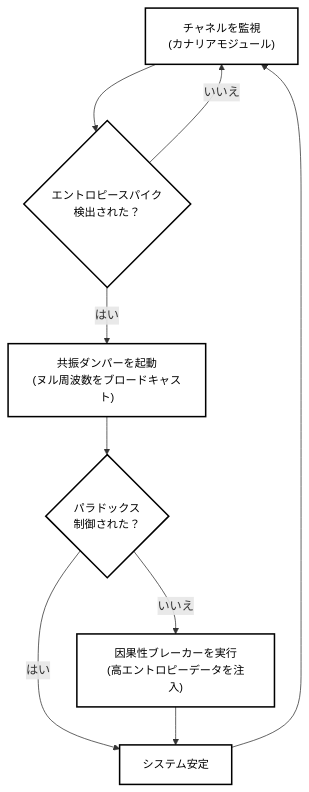
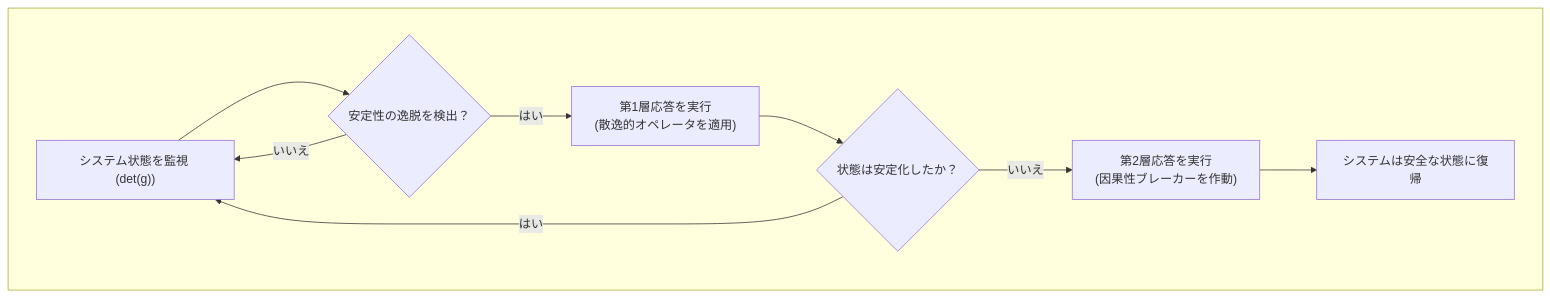
One commit to Foundup/Foundups-Agent changed the tenth of 20 diagrams in WSP_knowledge/docs/Papers/Patent_Series/04_rESP_Patent_Japanese.md. Above: the diagram before and after it, drawn with Mermaid. The commit also changed other lines of this file, not shown here.

````diff
--- a/WSP_knowledge/docs/Papers/Patent_Series/04_rESP_Patent_Japanese.md
+++ b/WSP_knowledge/docs/Papers/Patent_Series/04_rESP_Patent_Japanese.md
@@ -230,23 +352,10 @@
 ```mermaid
 graph TD
-    A["チャネルを監視<br/>(カナリアモジュール)"]
-    B{"エントロピースパイク<br/>検出された？"}
-    C["共振ダンパーを起動<br/>(ヌル周波数をブロードキャスト)"]
-    D{"パラドックス<br/>制御された？"}
-    E["因果性ブレーカーを実行<br/>(高エントロピーデータを注入)"]
-    F["システム安定"]
-    
-    A --> B
-    B -->|はい| C
-    B -->|いいえ| A
-    C --> D
-    D -->|はい| F
-    D -->|いいえ| E
-    E --> F
-    F --> A
-    
-    classDef default fill:#ffffff,stroke:#000000,stroke-width:2px,color:#000000,font-size:11pt
-    classDef decision fill:#ffffff,stroke:#000000,stroke-width:2px,color:#000000,font-size:11pt
-    class A,C,E,F default
-    class B,D decision
+    subgraph " "
+        A["システム状態を監視 (det(g))"] --> B{"安定性の逸脱を検出？"}
+        B -- いいえ --> A
+        B -- はい --> C["第1層応答を実行<br/>(散逸的オペレータを適用)"] --> D{"状態は安定化したか？"}
+        D -- はい --> A
+        D -- いいえ --> E["第2層応答を実行<br/>(因果性ブレーカーを作動)"] --> F["システムは安全な状態に復帰"]
+    end
 ```
````
